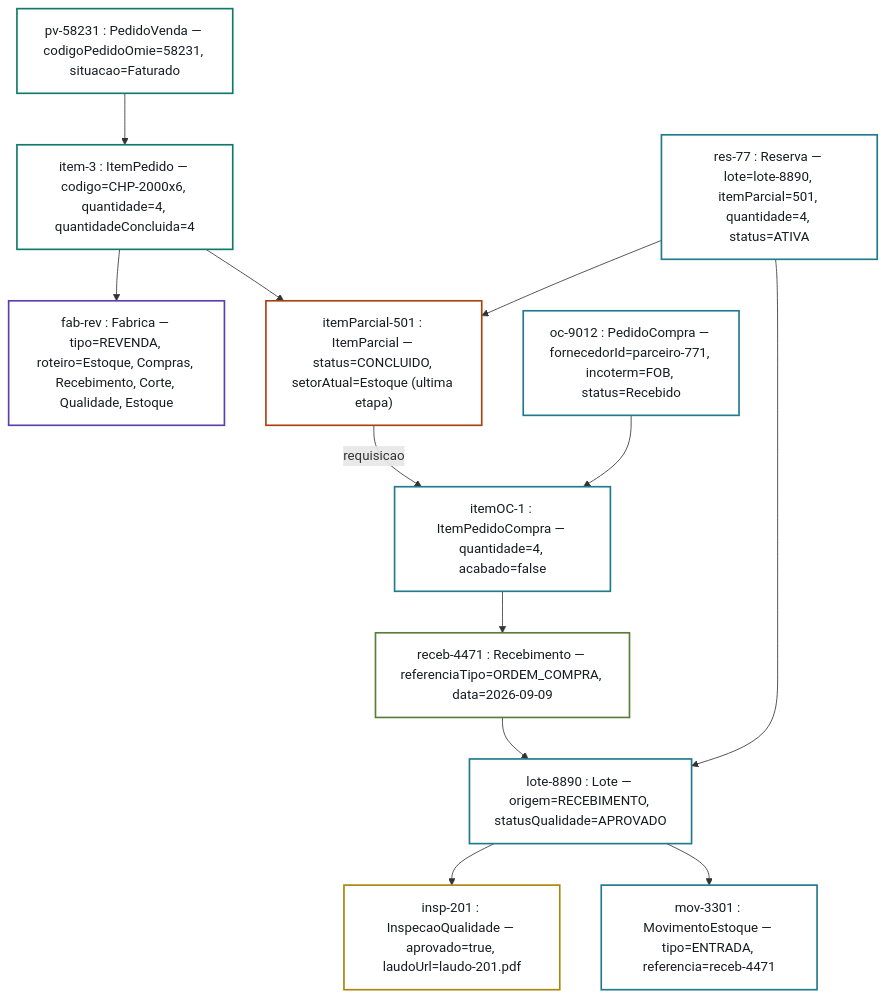
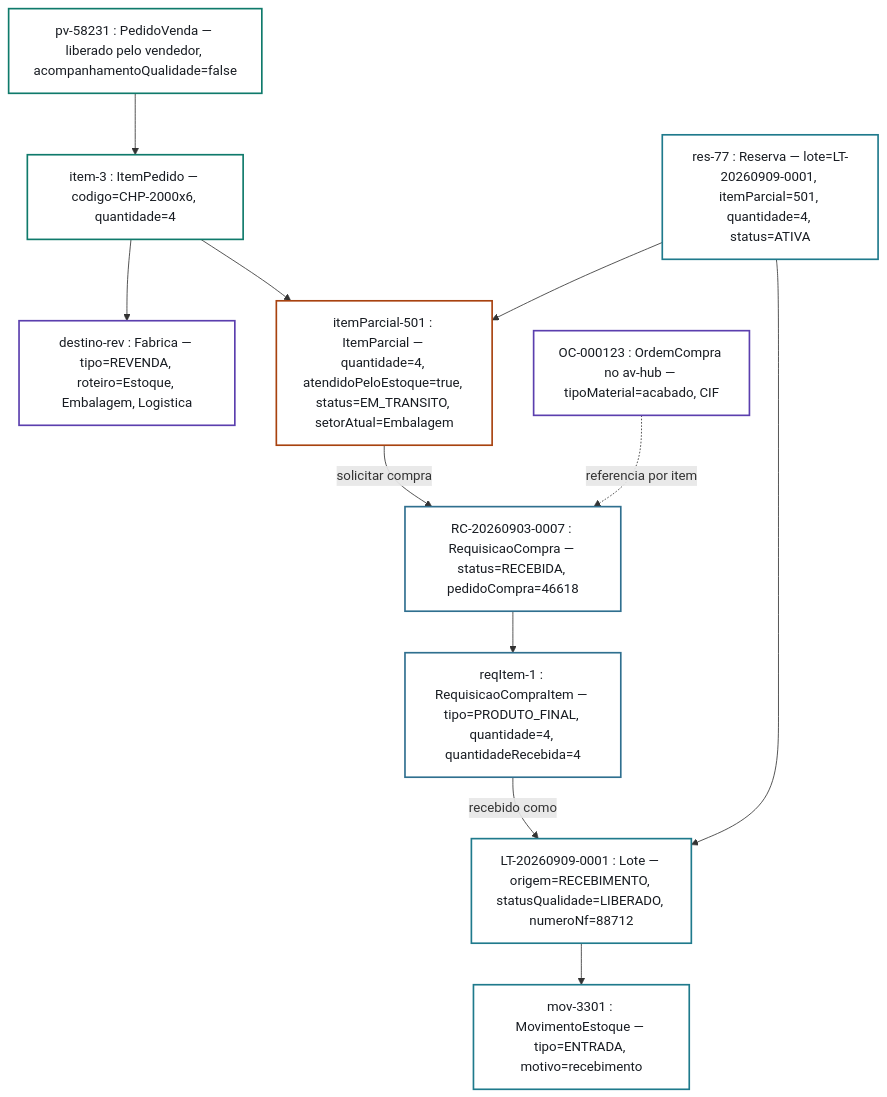
Diagram 19 of 28 in 04-Arquitetura-Transversal/Diagramas-UML.md (Acosvital/vault-avhub-mer), drawn with Mermaid before and after one commit. The commit also changed other lines of this file and 3 other files, not shown here.

Commit message:
docs(vault): atualiza UML, fluxograma de telas, encaixe estoque/revenda e anexo 0003 do contrato 33

````diff
--- a/04-Arquitetura-Transversal/Diagramas-UML.md
+++ b/04-Arquitetura-Transversal/Diagramas-UML.md
@@ -1095,38 +1112,35 @@
 ```mermaid
 flowchart TD
-    PV["pv-58231 : PedidoVenda — codigoPedidoOmie=58231, situacao=Faturado"]
-    IP["item-3 : ItemPedido — codigo=CHP-2000x6, quantidade=4, quantidadeConcluida=4"]
-    FAB["fab-rev : Fabrica — tipo=REVENDA, roteiro=Estoque, Compras, Recebimento, Corte, Qualidade, Estoque"]
-    IPARC["itemParcial-501 : ItemParcial — status=CONCLUIDO, setorAtual=Estoque (ultima etapa)"]
-    PC["oc-9012 : PedidoCompra — fornecedorId=parceiro-771, incoterm=FOB, status=Recebido"]
-    IPC["itemOC-1 : ItemPedidoCompra — quantidade=4, acabado=false"]
-    REC["receb-4471 : Recebimento — referenciaTipo=ORDEM_COMPRA, data=2026-09-09"]
-    LOTE["lote-8890 : Lote — origem=RECEBIMENTO, statusQualidade=APROVADO"]
-    INSP["insp-201 : InspecaoQualidade — aprovado=true, laudoUrl=laudo-201.pdf"]
-    MOV["mov-3301 : MovimentoEstoque — tipo=ENTRADA, referencia=receb-4471"]
-    RES["res-77 : Reserva — lote=lote-8890, itemParcial=501, quantidade=4, status=ATIVA"]
+    PV["pv-58231 : PedidoVenda — liberado pelo vendedor, acompanhamentoQualidade=false"]
+    IP["item-3 : ItemPedido — codigo=CHP-2000x6, quantidade=4"]
+    FAB["destino-rev : Fabrica — tipo=REVENDA, roteiro=Estoque, Embalagem, Logistica"]
+    IPARC["itemParcial-501 : ItemParcial — quantidade=4, atendidoPeloEstoque=true, status=EM_TRANSITO, setorAtual=Embalagem"]
+    REQ["RC-20260903-0007 : RequisicaoCompra — status=RECEBIDA, pedidoCompra=46618"]
+    RQI["reqItem-1 : RequisicaoCompraItem — tipo=PRODUTO_FINAL, quantidade=4, quantidadeRecebida=4"]
+    OC["OC-000123 : OrdemCompra no av-hub — tipoMaterial=acabado, CIF"]
+    LOTE["LT-20260909-0001 : Lote — origem=RECEBIMENTO, statusQualidade=LIBERADO, numeroNf=88712"]
+    MOV["mov-3301 : MovimentoEstoque — tipo=ENTRADA, motivo=recebimento"]
+    RES["res-77 : Reserva — lote=LT-20260909-0001, itemParcial=501, quantidade=4, status=ATIVA"]
 
     PV --> IP
     IP --> FAB
     IP --> IPARC
-    IPARC -->|requisicao| IPC
-    PC --> IPC
-    IPC --> REC
-    REC --> LOTE
-    LOTE --> INSP
+    IPARC -->|solicitar compra| REQ
+    REQ --> RQI
+    OC -.->|referencia por item| REQ
+    RQI -->|recebido como| LOTE
     LOTE --> MOV
     RES --> LOTE
     RES --> IPARC
 
     style PV fill:#ffffff,stroke:#0f7a6b,stroke-width:2px,color:#181c22
     style IP fill:#ffffff,stroke:#0f7a6b,stroke-width:2px,color:#181c22
     style FAB fill:#ffffff,stroke:#5b3fae,stroke-width:2px,color:#181c22
-    style PC fill:#ffffff,stroke:#1f7a8c,stroke-width:2px,color:#181c22
-    style IPC fill:#ffffff,stroke:#1f7a8c,stroke-width:2px,color:#181c22
-    style REC fill:#ffffff,stroke:#5a7d3a,stroke-width:2px,color:#181c22
+    style OC fill:#ffffff,stroke:#5b3fae,stroke-width:2px,color:#181c22
+    style REQ fill:#ffffff,stroke:#2f6f8f,stroke-width:2px,color:#181c22
+    style RQI fill:#ffffff,stroke:#2f6f8f,stroke-width:2px,color:#181c22
     style LOTE fill:#ffffff,stroke:#1f7a8c,stroke-width:2px,color:#181c22
-    style IPARC fill:#ffffff,stroke:#a8420f,stroke-width:2px,color:#181c22
-    style INSP fill:#ffffff,stroke:#a8860f,stroke-width:2px,color:#181c22
     style MOV fill:#ffffff,stroke:#1f7a8c,stroke-width:2px,color:#181c22
     style RES fill:#ffffff,stroke:#1f7a8c,stroke-width:2px,color:#181c22
+    style IPARC fill:#ffffff,stroke:#a8420f,stroke-width:2px,color:#181c22
 ```
````
